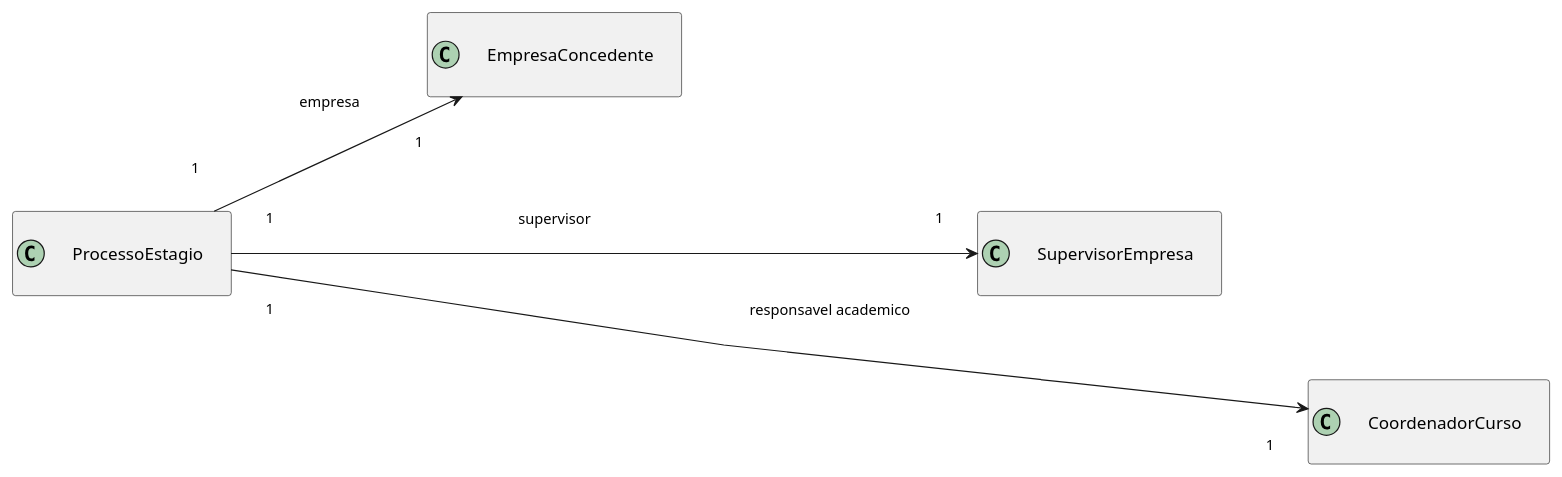
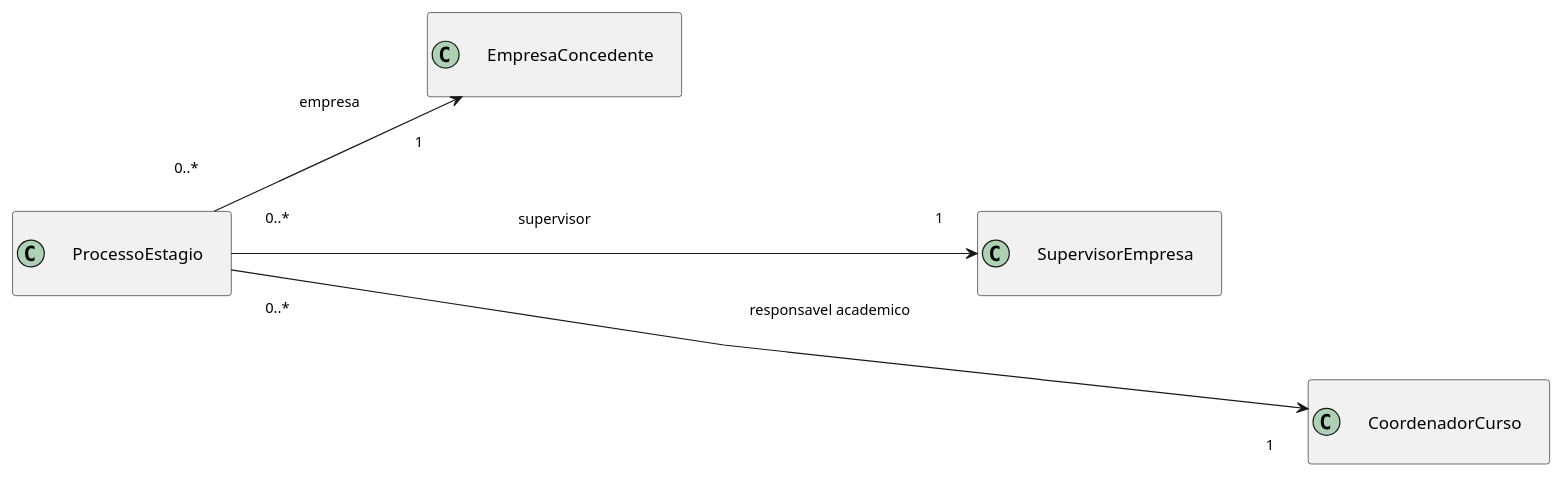
One commit to Projetos-de-Extensao/PBE_26.1_8002_I changed the fourth of 11 diagrams in docs/Elaboracao/diagrma_de_classes.md. Above: the diagram before and after it, drawn with PlantUML. The commit also changed other lines of this file, not shown here.

Commit message:
docs: corrige cardinalidades do diagrama de classes

````diff
--- a/docs/Elaboracao/diagrma_de_classes.md
+++ b/docs/Elaboracao/diagrma_de_classes.md
@@ -135,24 +135,24 @@
 ```puml
 @startuml
 left to right direction
 hide empty members
 skinparam classAttributeIconSize 0
 skinparam linetype polyline
 skinparam nodesep 70
 skinparam ranksep 70
 skinparam Padding 20
 skinparam ArrowFontSize 12
 
 class ProcessoEstagio
 class EmpresaConcedente
 class SupervisorEmpresa
 class CoordenadorCurso
 
-ProcessoEstagio "1" --> "1" EmpresaConcedente : empresa
-ProcessoEstagio "1" --> "1" SupervisorEmpresa : supervisor
-ProcessoEstagio "1" --> "1" CoordenadorCurso : responsavel academico
+ProcessoEstagio "0..*" --> "1" EmpresaConcedente : empresa
+ProcessoEstagio "0..*" --> "1" SupervisorEmpresa : supervisor
+ProcessoEstagio "0..*" --> "1" CoordenadorCurso : responsavel academico
 
 EmpresaConcedente -[hidden]down- SupervisorEmpresa
 SupervisorEmpresa -[hidden]down- CoordenadorCurso
 @enduml
 ```
````
